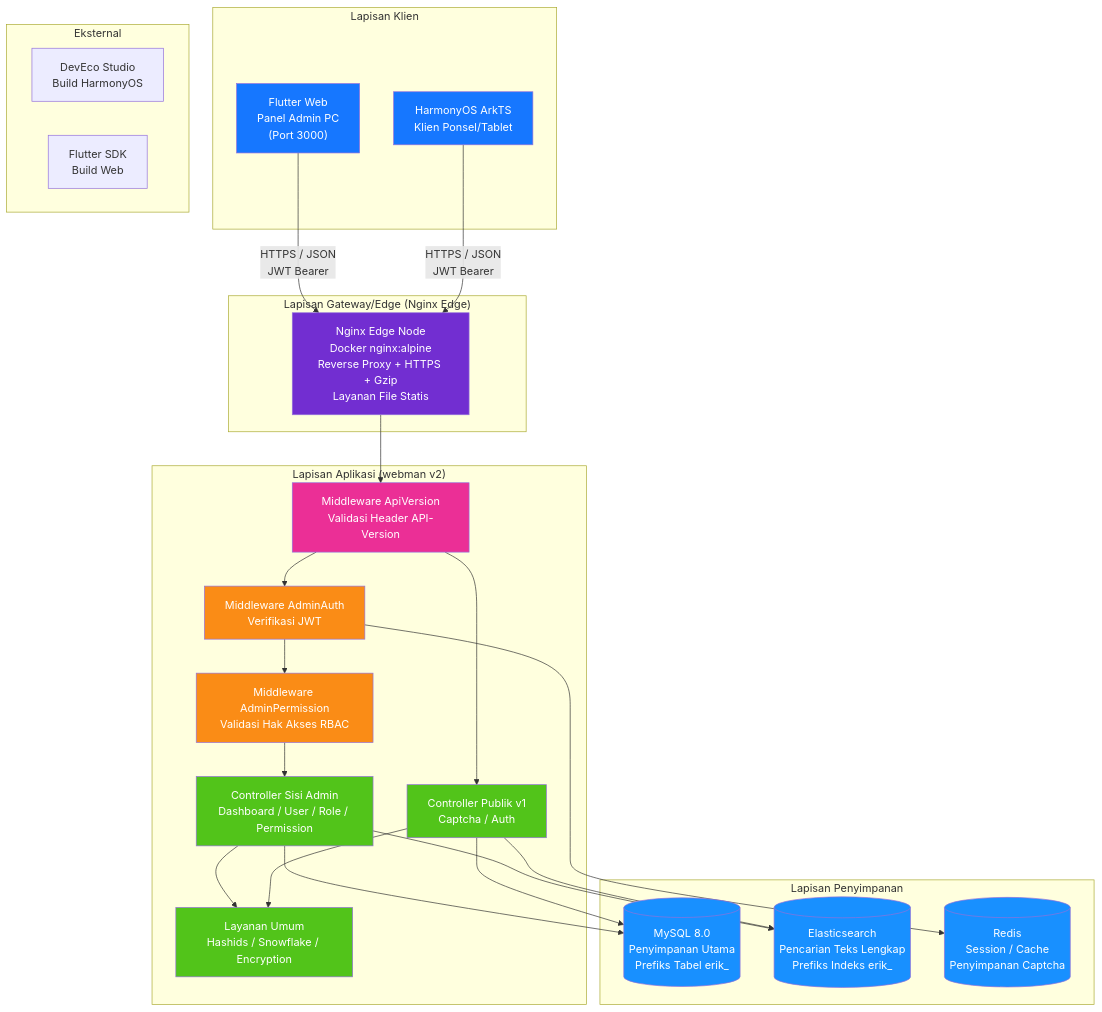
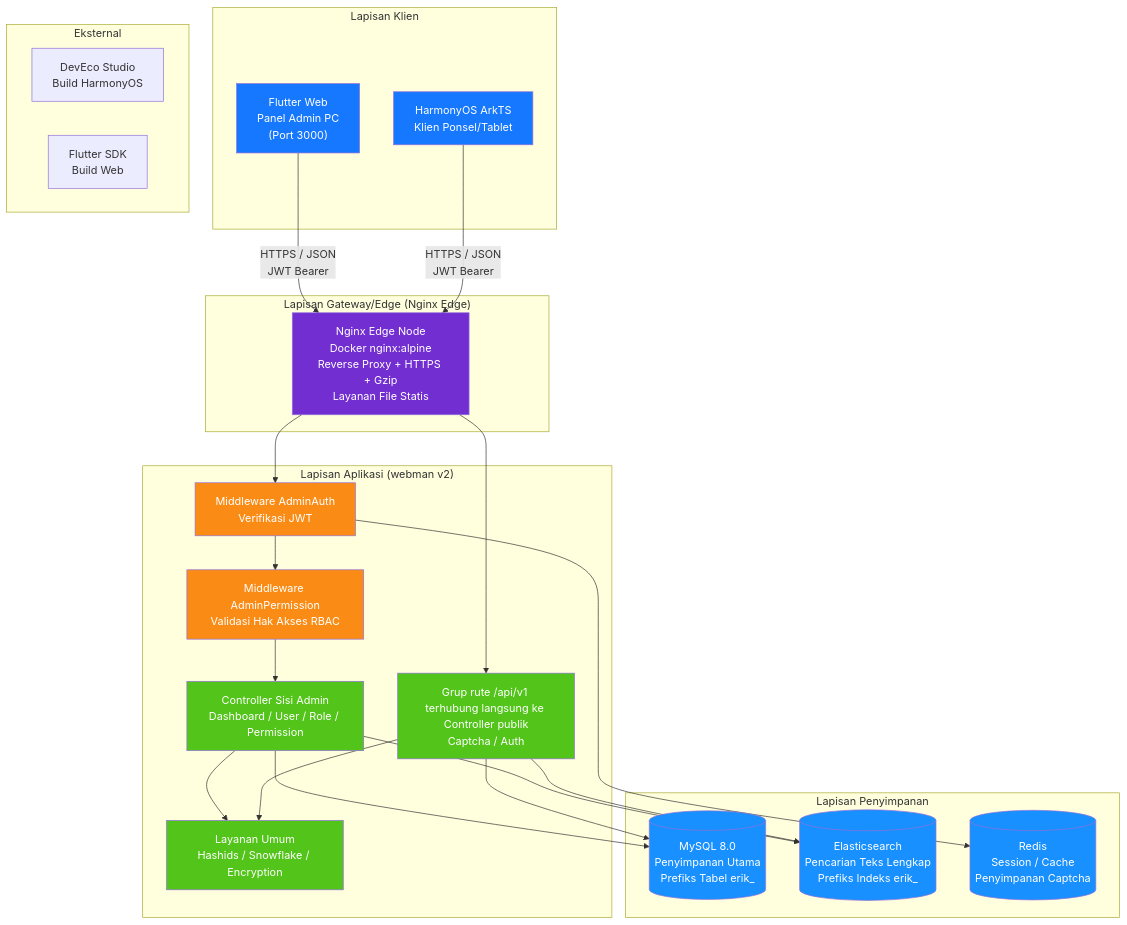
The first of 14 diagrams in docs/ARCHITECTURE.id.md (erikwang2013/open-admin), drawn with Mermaid before and after one commit. The commit also changed other lines of this file and 115 other files, not shown here.

First line of the commit message:
功能：新增项目宠物「小安」、站点首页与手写 SVG 设计图集；全部文档对齐代码

````diff
--- a/docs/ARCHITECTURE.id.md
+++ b/docs/ARCHITECTURE.id.md
@@ -13,59 +15,56 @@
 ```mermaid
 flowchart TB
     subgraph "Lapisan Klien"
         A1["Flutter Web<br/>Panel Admin PC<br/>(Port 3000)"]
         A2["HarmonyOS ArkTS<br/>Klien Ponsel/Tablet"]
     end
 
     subgraph "Lapisan Gateway/Edge (Nginx Edge)"
         B1["Nginx Edge Node<br/>Docker nginx:alpine<br/>Reverse Proxy + HTTPS + Gzip<br/>Layanan File Statis"]
     end
 
     subgraph "Lapisan Aplikasi (webman v2)"
-        C0["Middleware ApiVersion<br/>Validasi Header API-Version"]
         C1["Middleware AdminAuth<br/>Verifikasi JWT"]
         C2["Middleware AdminPermission<br/>Validasi Hak Akses RBAC"]
         C3["Controller Sisi Admin<br/>Dashboard / User / Role / Permission"]
-        C4["Controller Publik v1<br/>Captcha / Auth"]
+        C4["Grup rute /api/v1 terhubung langsung ke Controller publik<br/>Captcha / Auth"]
         C5["Layanan Umum<br/>Hashids / Snowflake / Encryption"]
     end
 
     subgraph "Lapisan Penyimpanan"
         D1[("MySQL 8.0<br/>Penyimpanan Utama<br/>Prefiks Tabel erik_")]
         D2[("Elasticsearch<br/>Pencarian Teks Lengkap<br/>Prefiks Indeks erik_")]
         D3[("Redis<br/>Session / Cache<br/>Penyimpanan Captcha")]
     end
 
     subgraph "Eksternal"
         E1["DevEco Studio<br/>Build HarmonyOS"]
         E2["Flutter SDK<br/>Build Web"]
     end
 
     A1 -->|"HTTPS / JSON<br/>JWT Bearer"| B1
     A2 -->|"HTTPS / JSON<br/>JWT Bearer"| B1
-    B1 --> C0
-    C0 --> C1
+    B1 --> C1
+    B1 --> C4
     C1 --> C2
     C2 --> C3
-    C0 --> C4
     C3 --> C5
     C4 --> C5
     C3 --> D1
     C4 --> D1
     C3 --> D2
     C4 --> D2
     C1 --> D3
 
     style A1 fill:#1677FF,color:#fff
     style A2 fill:#1677FF,color:#fff
     style B1 fill:#722ED1,color:#fff
-    style C0 fill:#EB2F96,color:#fff
     style C1 fill:#FA8C16,color:#fff
     style C2 fill:#FA8C16,color:#fff
     style C3 fill:#52C41A,color:#fff
     style C4 fill:#52C41A,color:#fff
     style C5 fill:#52C41A,color:#fff
     style D1 fill:#1890FF,color:#fff
     style D2 fill:#1890FF,color:#fff
     style D3 fill:#1890FF,color:#fff
 ```
````
